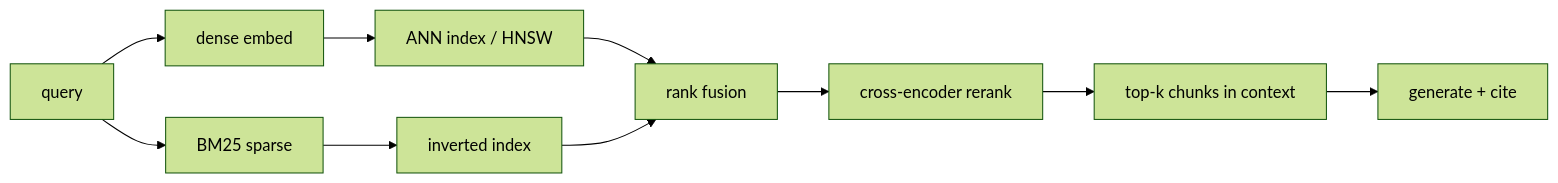
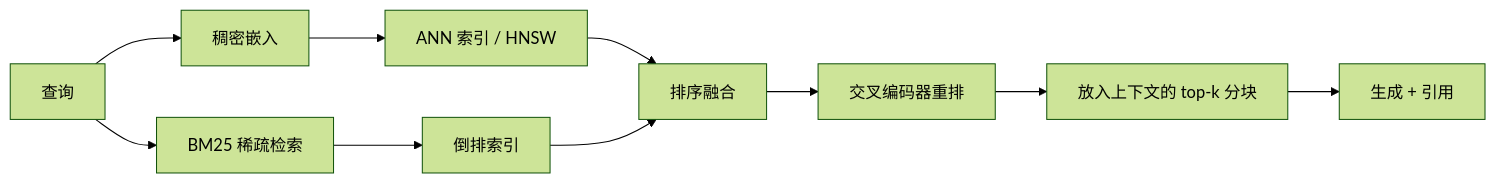
One commit to latere-ai/ai-as-an-infrastructure changed the second of 3 diagrams in zh/orchestration/06-rag-retrieval.qmd. Above: the diagram before and after it, drawn with Mermaid (forest theme). The commit also changed other lines of this file and 273 other files, not shown here.

Commit message:
docs: localize Chinese diagrams

````diff
--- a/zh/orchestration/06-rag-retrieval.qmd
+++ b/zh/orchestration/06-rag-retrieval.qmd
@@ -104,14 +104,14 @@
 ```{mermaid}
 %%| label: fig-rag-funnel
 %%| fig-cap: "朴素 RAG 漏斗。左侧廉价而宽的阶段，把一份短名单喂给右侧昂贵而锐的阶段，于是交叉编码器永远只对少数几个候选打分。"
 flowchart LR
-  Q[query] --> DE[dense embed]
-  Q --> SP[BM25 sparse]
-  DE --> ANN["ANN index / HNSW"]
-  SP --> INV[inverted index]
-  ANN --> FUSE[rank fusion]
+  Q[查询] --> DE[稠密嵌入]
+  Q --> SP[BM25 稀疏检索]
+  DE --> ANN["ANN 索引 / HNSW"]
+  SP --> INV[倒排索引]
+  ANN --> FUSE[排序融合]
   INV --> FUSE
-  FUSE --> RR[cross-encoder rerank]
-  RR --> CTX[top-k chunks in context]
-  CTX --> GEN["generate + cite"]
+  FUSE --> RR[交叉编码器重排]
+  RR --> CTX[放入上下文的 top-k 分块]
+  CTX --> GEN["生成 + 引用"]
 ```
````
